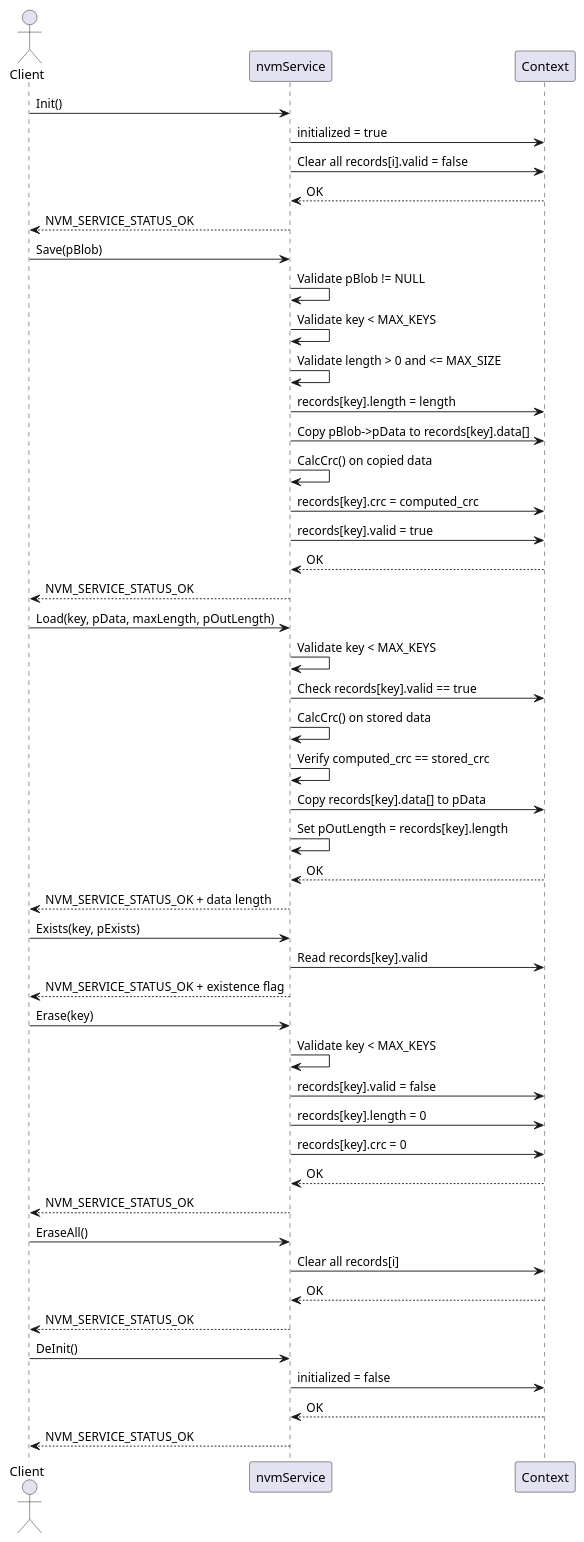
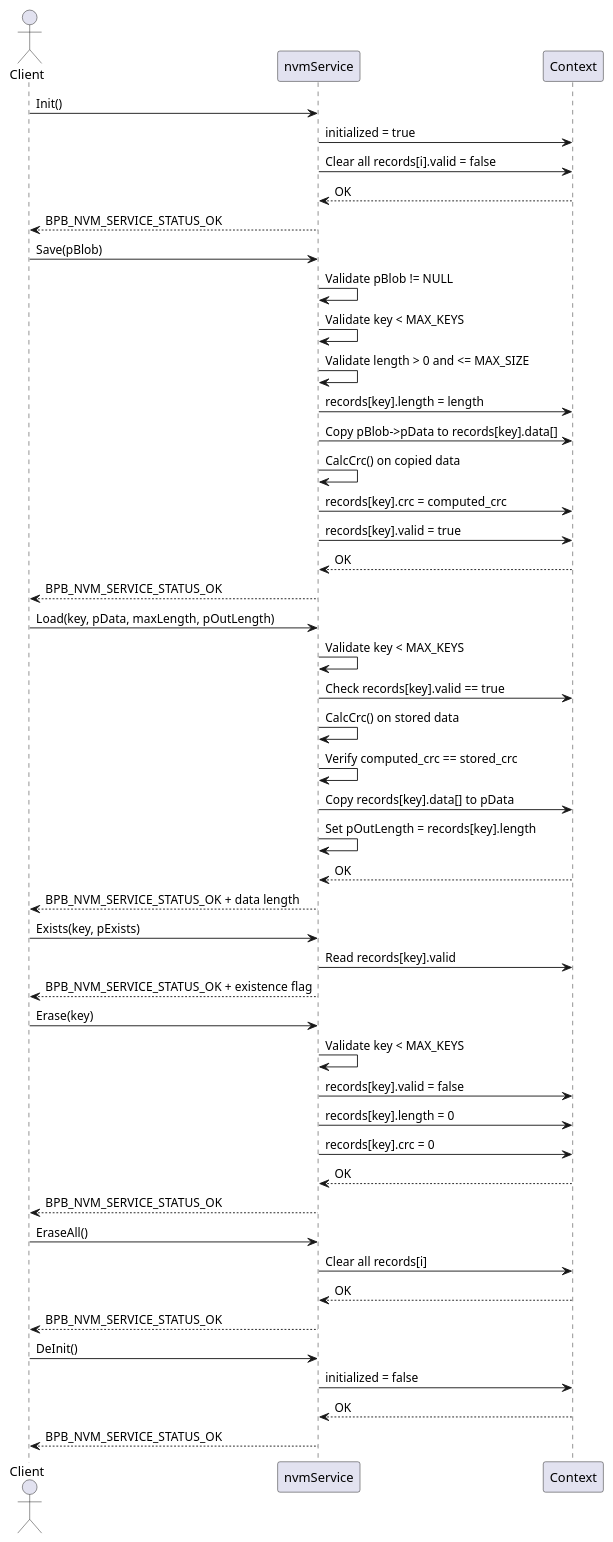
The diagram in 3_swComp/layer2Service/nvmService/2_design/nvmServiceSequenceDiagram.puml (LinhTrucVo/Bico_Protocol_Bridge), drawn with PlantUML before and after one commit. The commit also changed 195 other files, not shown here.

```diff
--- a/3_swComp/layer2Service/nvmService/2_design/nvmServiceSequenceDiagram.puml
+++ b/3_swComp/layer2Service/nvmService/2_design/nvmServiceSequenceDiagram.puml
@@ -1,55 +1,55 @@
 @startuml nvmServiceSequenceDiagram
 actor Client
 participant "nvmService" as nvm
 participant "Context" as ctx
 
 Client -> nvm : Init()
 nvm -> ctx : initialized = true
 nvm -> ctx : Clear all records[i].valid = false
 ctx --> nvm : OK
-nvm --> Client : NVM_SERVICE_STATUS_OK
+nvm --> Client : BPB_NVM_SERVICE_STATUS_OK
 
 Client -> nvm : Save(pBlob)
 nvm -> nvm : Validate pBlob != NULL
 nvm -> nvm : Validate key < MAX_KEYS
 nvm -> nvm : Validate length > 0 and <= MAX_SIZE
 nvm -> ctx : records[key].length = length
 nvm -> ctx : Copy pBlob->pData to records[key].data[]
 nvm -> nvm : CalcCrc() on copied data
 nvm -> ctx : records[key].crc = computed_crc
 nvm -> ctx : records[key].valid = true
 ctx --> nvm : OK
-nvm --> Client : NVM_SERVICE_STATUS_OK
+nvm --> Client : BPB_NVM_SERVICE_STATUS_OK
 
 Client -> nvm : Load(key, pData, maxLength, pOutLength)
 nvm -> nvm : Validate key < MAX_KEYS
 nvm -> ctx : Check records[key].valid == true
 nvm -> nvm : CalcCrc() on stored data
 nvm -> nvm : Verify computed_crc == stored_crc
 nvm -> ctx : Copy records[key].data[] to pData
 nvm -> nvm : Set pOutLength = records[key].length
 ctx --> nvm : OK
-nvm --> Client : NVM_SERVICE_STATUS_OK + data length
+nvm --> Client : BPB_NVM_SERVICE_STATUS_OK + data length
 
 Client -> nvm : Exists(key, pExists)
 nvm -> ctx : Read records[key].valid
-nvm --> Client : NVM_SERVICE_STATUS_OK + existence flag
+nvm --> Client : BPB_NVM_SERVICE_STATUS_OK + existence flag
 
 Client -> nvm : Erase(key)
 nvm -> nvm : Validate key < MAX_KEYS
 nvm -> ctx : records[key].valid = false
 nvm -> ctx : records[key].length = 0
 nvm -> ctx : records[key].crc = 0
 ctx --> nvm : OK
-nvm --> Client : NVM_SERVICE_STATUS_OK
+nvm --> Client : BPB_NVM_SERVICE_STATUS_OK
 
 Client -> nvm : EraseAll()
 nvm -> ctx : Clear all records[i]
 ctx --> nvm : OK
-nvm --> Client : NVM_SERVICE_STATUS_OK
+nvm --> Client : BPB_NVM_SERVICE_STATUS_OK
 
 Client -> nvm : DeInit()
 nvm -> ctx : initialized = false
 ctx --> nvm : OK
-nvm --> Client : NVM_SERVICE_STATUS_OK
+nvm --> Client : BPB_NVM_SERVICE_STATUS_OK
 @enduml
```
